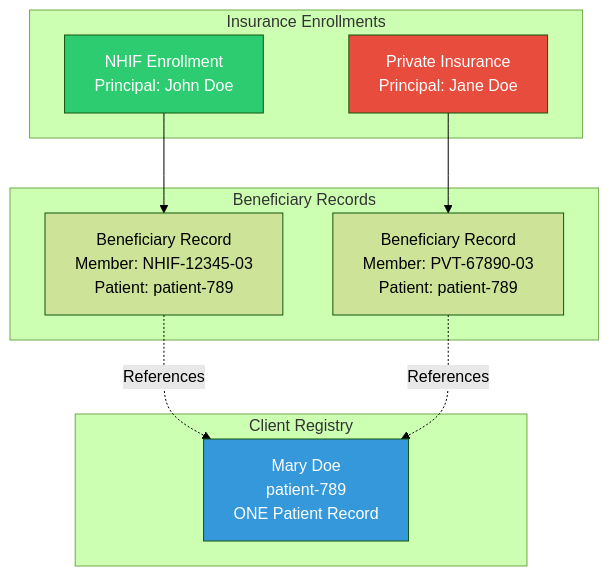
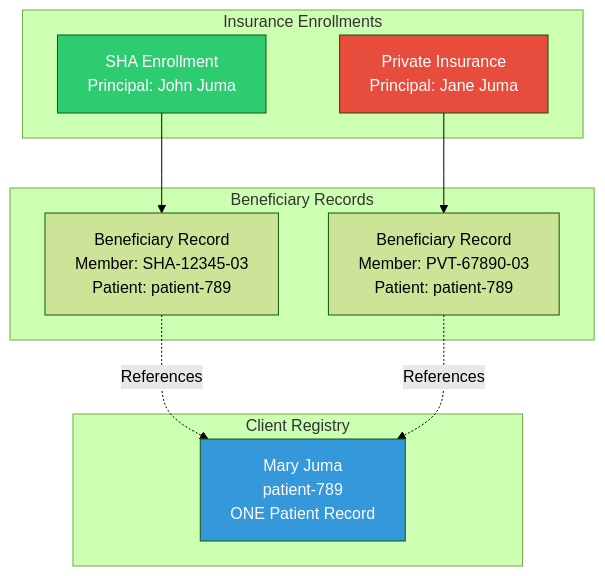
Before and after one commit to ageryck/Sample-Test-Codes: the third of 4 diagrams in AfyaYangu/files/PP_04_Family_Dependents.md, drawn with Mermaid (forest theme). The commit also changed other lines of this file and 8 other files, not shown here.

````diff
--- a/AfyaYangu/files/PP_04_Family_Dependents.md
+++ b/AfyaYangu/files/PP_04_Family_Dependents.md
@@ -263,25 +263,25 @@
 ```mermaid
 graph TB
     subgraph "Client Registry"
-        P[Mary Doe<br/>patient-789<br/>ONE Patient Record]
+        P[Mary Juma<br/>patient-789<br/>ONE Patient Record]
     end
     
     subgraph "Insurance Enrollments"
-        E1[NHIF Enrollment<br/>Principal: John Doe]
-        E2[Private Insurance<br/>Principal: Jane Doe]
+        E1[SHA Enrollment<br/>Principal: John Juma]
+        E2[Private Insurance<br/>Principal: Jane Juma]
     end
     
     subgraph "Beneficiary Records"
-        B1[Beneficiary Record<br/>Member: NHIF-12345-03<br/>Patient: patient-789]
+        B1[Beneficiary Record<br/>Member: SHA-12345-03<br/>Patient: patient-789]
         B2[Beneficiary Record<br/>Member: PVT-67890-03<br/>Patient: patient-789]
     end
     
     E1 --> B1
     E2 --> B2
     B1 -.->|References| P
     B2 -.->|References| P
     
     style P fill:#3498db,color:#fff
     style E1 fill:#2ecc71,color:#fff
     style E2 fill:#e74c3c,color:#fff
 ```
````
